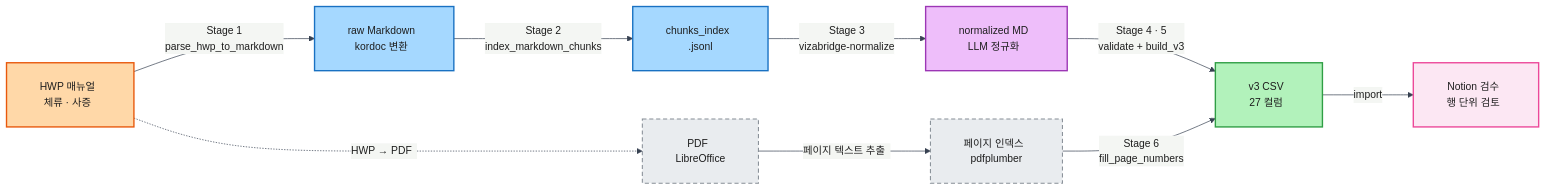
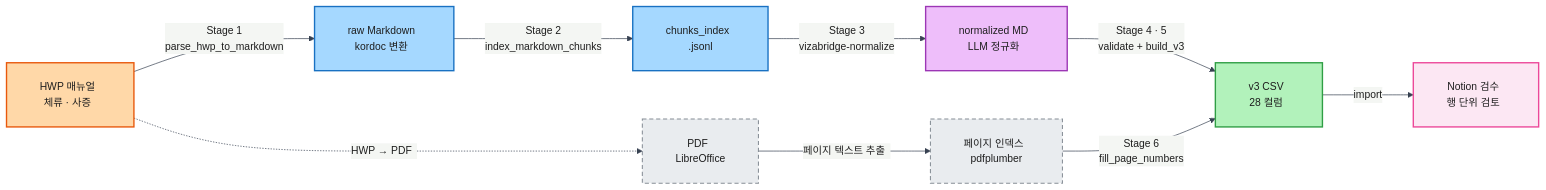
The diagram in docs/diagrams/pipeline_flow.mmd (jhkim0602/-Vizabridge-IT-AI-), drawn with Mermaid before and after one commit. The commit also changed 16 other files, not shown here.

```diff
--- a/docs/diagrams/pipeline_flow.mmd
+++ b/docs/diagrams/pipeline_flow.mmd
@@ -1,28 +1,28 @@
 %%{init: {'theme': 'base', 'themeVariables': {'fontFamily': 'Helvetica, sans-serif', 'fontSize': '15px', 'primaryColor': '#f3f4f6', 'primaryTextColor': '#1e1e1e', 'primaryBorderColor': '#374151', 'lineColor': '#374151'}, 'flowchart': {'curve': 'basis', 'padding': 24, 'nodeSpacing': 70, 'rankSpacing': 90}}}%%
 flowchart LR
     classDef source fill:#ffd8a8,stroke:#e8590c,stroke-width:2px,color:#1e1e1e
     classDef det fill:#a5d8ff,stroke:#1971c2,stroke-width:2px,color:#1e1e1e
     classDef llm fill:#eebefa,stroke:#9c36b5,stroke-width:2px,color:#1e1e1e
     classDef out fill:#b2f2bb,stroke:#2f9e44,stroke-width:2px,color:#1e1e1e
     classDef derived fill:#e9ecef,stroke:#868e96,stroke-width:1.5px,color:#1e1e1e,stroke-dasharray:6 4
     classDef rev fill:#fce7f3,stroke:#ec4899,stroke-width:2px,color:#1e1e1e
 
     HWP["HWP 매뉴얼&nbsp;&nbsp;<br/>체류 · 사증&nbsp;&nbsp;"]:::source
     MD["raw Markdown&nbsp;&nbsp;<br/>kordoc 변환&nbsp;&nbsp;"]:::det
     CHK["chunks_index&nbsp;&nbsp;<br/>.jsonl"]:::det
     NORM["normalized MD&nbsp;&nbsp;<br/>LLM 정규화&nbsp;&nbsp;"]:::llm
-    CSV["v3 CSV&nbsp;&nbsp;<br/>27 컬럼&nbsp;&nbsp;"]:::out
+    CSV["v3 CSV&nbsp;&nbsp;<br/>28 컬럼&nbsp;&nbsp;"]:::out
     REV["Notion 검수&nbsp;&nbsp;<br/>행 단위 검토&nbsp;&nbsp;"]:::rev
 
     PDF["PDF&nbsp;&nbsp;<br/>LibreOffice"]:::derived
     PAGES["페이지 인덱스&nbsp;&nbsp;<br/>pdfplumber"]:::derived
 
     HWP -->|"Stage 1<br/>parse_hwp_to_markdown"| MD
     MD -->|"Stage 2<br/>index_markdown_chunks"| CHK
     CHK -->|"Stage 3<br/>vizabridge-normalize"| NORM
     NORM -->|"Stage 4 · 5<br/>validate + build_v3"| CSV
     CSV -->|"import"| REV
 
     HWP -.->|"HWP &rarr; PDF&nbsp;&nbsp;"| PDF
     PDF -->|"페이지 텍스트 추출&nbsp;&nbsp;"| PAGES
     PAGES -->|"Stage 6<br/>fill_page_numbers"| CSV
```
